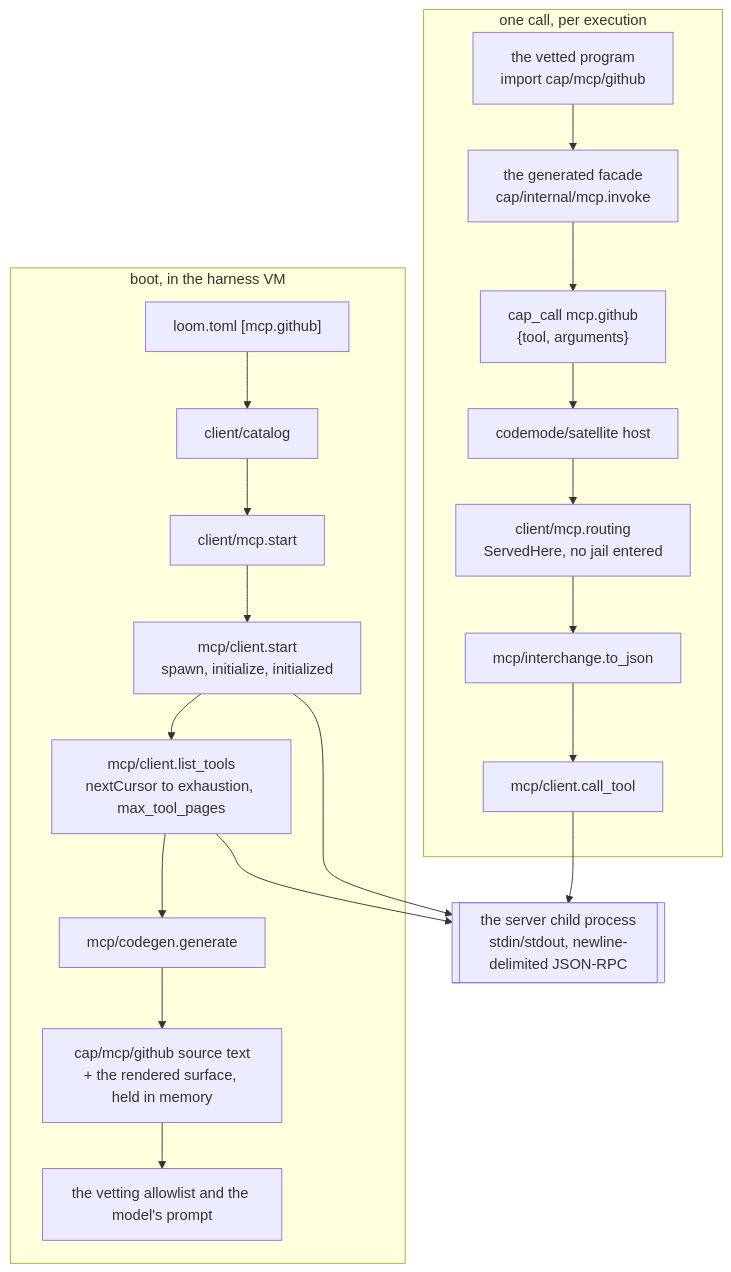
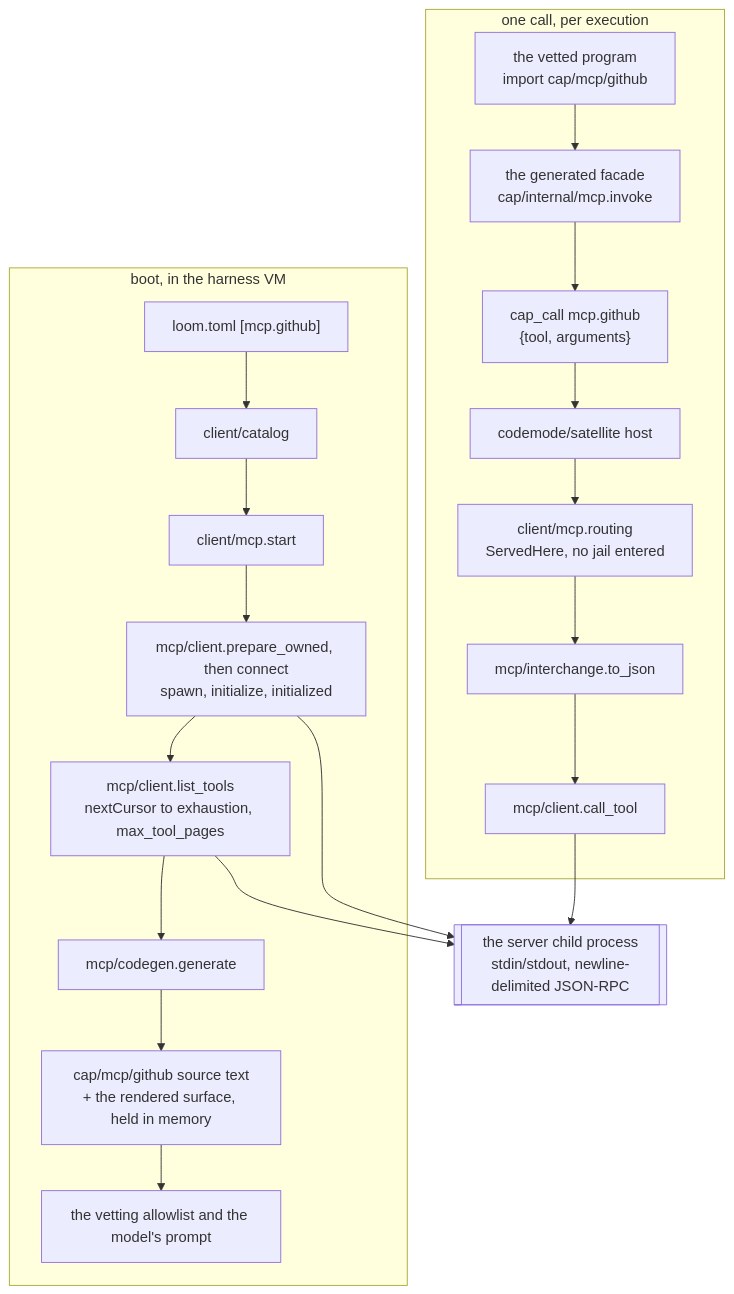
One commit to Roasbeef/loom changed the second of 3 diagrams in packages/mcp/README.md. Above: the diagram before and after it, drawn with Mermaid. The commit also changed other lines of this file, not shown here.

First line of the commit message:
mcp: fix the diagram that did not parse

````diff
--- a/packages/mcp/README.md
+++ b/packages/mcp/README.md
@@ -101,31 +106,31 @@
 ```mermaid
 graph TD
   subgraph bootside["boot, in the harness VM"]
     TOML["loom.toml [mcp.github]"]
     CAT2["client/catalog"]
     LAYER["client/mcp.start"]
-    START["mcp/client.start<br/>spawn, initialize, initialized"]
+    START["mcp/client.prepare_owned, then connect<br/>spawn, initialize, initialized"]
     LIST["mcp/client.list_tools<br/>nextCursor to exhaustion, max_tool_pages"]
     GEN["mcp/codegen.generate"]
     SRC["cap/mcp/github source text<br/>+ the rendered surface, held in memory"]
     ALLOW["the vetting allowlist and the model's prompt"]
   end
 
   subgraph callside["one call, per execution"]
     PROG["the vetted program<br/>import cap/mcp/github"]
     FACADE["the generated facade<br/>cap/internal/mcp.invoke"]
     CAPC["cap_call mcp.github<br/>{tool, arguments}"]
     HOST["codemode/satellite host"]
     ROUTE["client/mcp.routing<br/>ServedHere, no jail entered"]
     IX2["mcp/interchange.to_json"]
     CALL["mcp/client.call_tool"]
   end
 
   SERVER[["the server child process<br/>stdin/stdout, newline-delimited JSON-RPC"]]
 
   TOML --> CAT2 --> LAYER --> START --> LIST --> GEN --> SRC --> ALLOW
   START --> SERVER
   LIST --> SERVER
 
   PROG --> FACADE --> CAPC --> HOST --> ROUTE --> IX2 --> CALL --> SERVER
 ```
````
